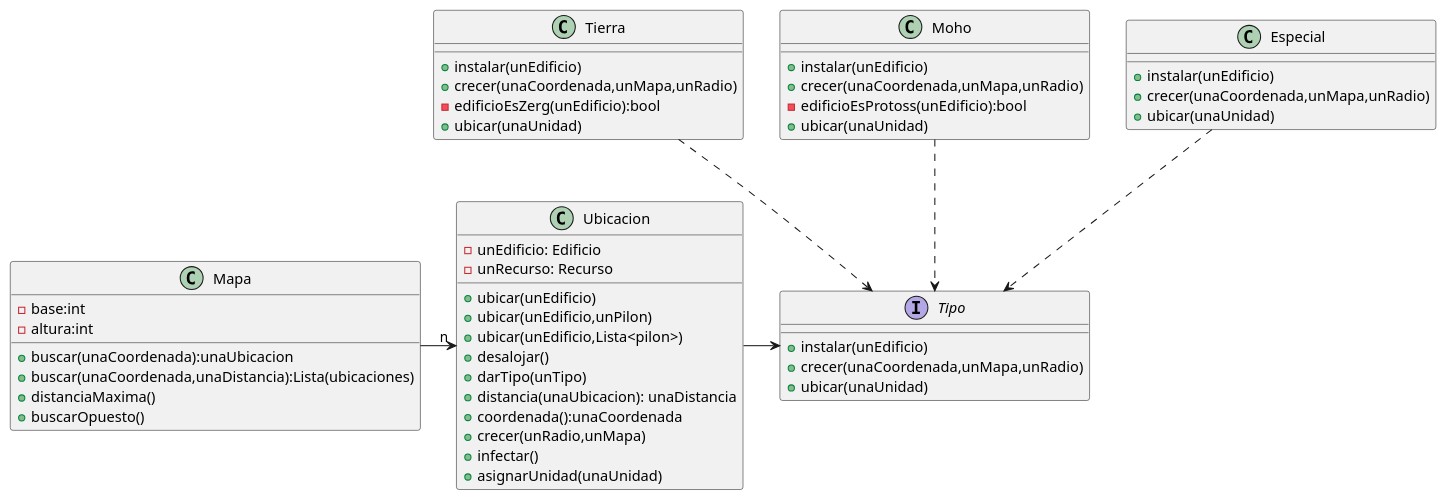
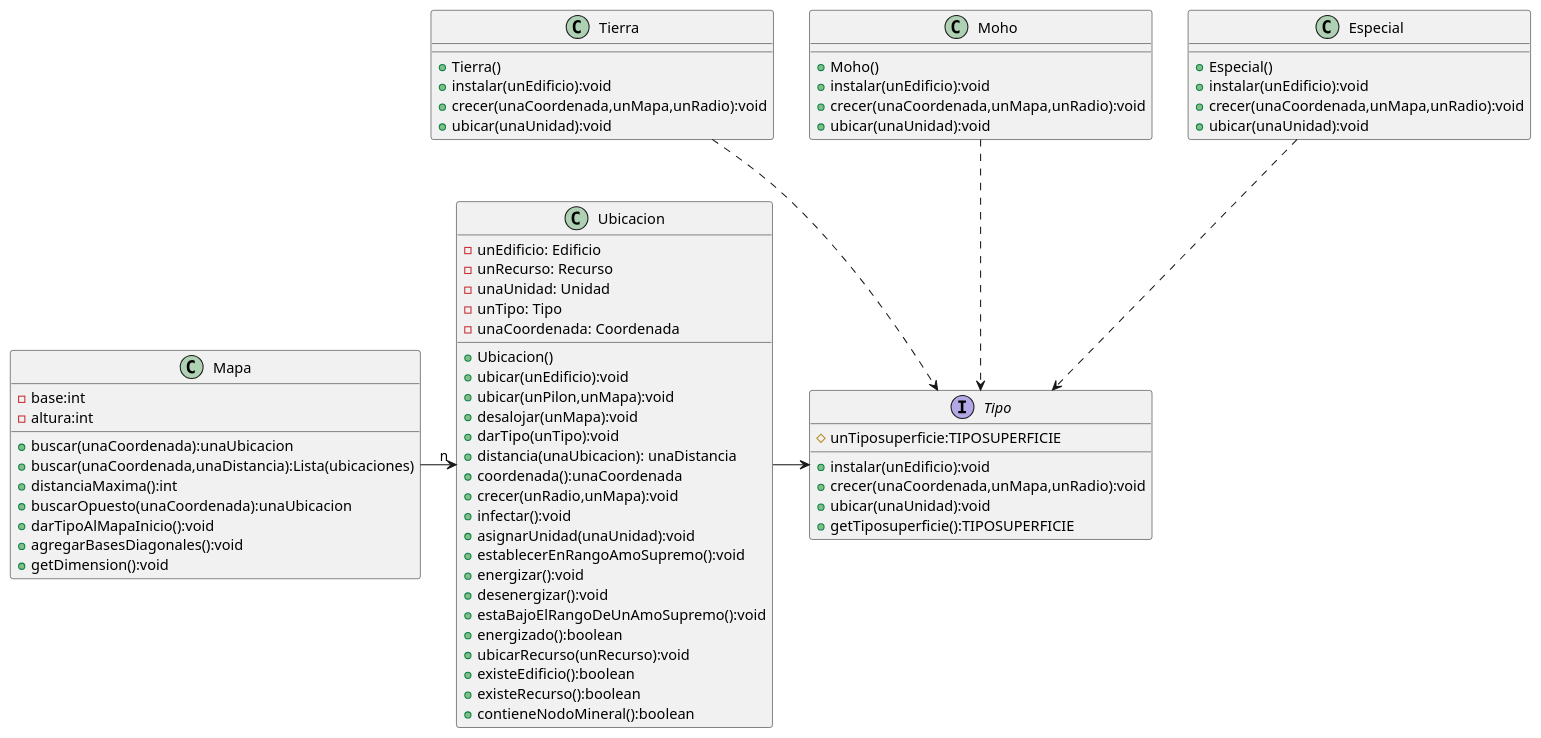
Before and after one commit to nicolasgirardi/algo3_TP2_AlgoStar: the diagram in diagrams/classes/Mapa.puml, drawn with PlantUML. The commit also changed 1 other file, not shown here.

```diff
--- a/diagrams/classes/Mapa.puml
+++ b/diagrams/classes/Mapa.puml
@@ -1,58 +1,79 @@
 @startuml
 'https://plantuml.com/sequence-diagram
 
 class Mapa{
     -base:int
     -altura:int
     +buscar(unaCoordenada):unaUbicacion
     +buscar(unaCoordenada,unaDistancia):Lista(ubicaciones)
-    +distanciaMaxima()
-    +buscarOpuesto()
+    +distanciaMaxima():int
+    +buscarOpuesto(unaCoordenada):unaUbicacion
+    +darTipoAlMapaInicio():void
+    +agregarBasesDiagonales():void
+    +getDimension():void
+
+
 }
 
 class Ubicacion{
     -unEdificio: Edificio
     -unRecurso: Recurso
+    -unaUnidad: Unidad
+    -unTipo: Tipo
+    -unaCoordenada: Coordenada
 
-    +ubicar(unEdificio)
-    +ubicar(unEdificio,unPilon)
-    +ubicar(unEdificio,Lista<pilon>)
-    +desalojar()
-    +darTipo(unTipo)
+    +Ubicacion()
+    +ubicar(unEdificio):void
+    +ubicar(unPilon,unMapa):void
+    +desalojar(unMapa):void
+    +darTipo(unTipo):void
     +distancia(unaUbicacion): unaDistancia
     +coordenada():unaCoordenada
-    +crecer(unRadio,unMapa)
-    +infectar()
-    +asignarUnidad(unaUnidad)
+    +crecer(unRadio,unMapa):void
+    +infectar():void
+    +asignarUnidad(unaUnidad):void
+    +establecerEnRangoAmoSupremo():void
+    +energizar():void
+    +desenergizar():void
+    +estaBajoElRangoDeUnAmoSupremo():void
+    +energizado():boolean
+    +ubicarRecurso(unRecurso):void
+    +existeEdificio():boolean
+    +existeRecurso():boolean
+    +contieneNodoMineral():boolean
+
 }
 
 interface Tipo {
-    +instalar(unEdificio)
-    +crecer(unaCoordenada,unMapa,unRadio)
-    +ubicar(unaUnidad)
+    #unTiposuperficie:TIPOSUPERFICIE
+    +instalar(unEdificio):void
+    +crecer(unaCoordenada,unMapa,unRadio):void
+    +ubicar(unaUnidad):void
+    +getTiposuperficie():TIPOSUPERFICIE
 }
 
 class Tierra{
-     +instalar(unEdificio)
-     +crecer(unaCoordenada,unMapa,unRadio)
-     -edificioEsZerg(unEdificio):bool
-     +ubicar(unaUnidad)
+     +Tierra()
+     +instalar(unEdificio):void
+     +crecer(unaCoordenada,unMapa,unRadio):void
+     +ubicar(unaUnidad):void
 }
 class Moho{
-     +instalar(unEdificio)
-     +crecer(unaCoordenada,unMapa,unRadio)
-     -edificioEsProtoss(unEdificio):bool
-     +ubicar(unaUnidad)
+     +Moho()
+     +instalar(unEdificio):void
+     +crecer(unaCoordenada,unMapa,unRadio):void
+     +ubicar(unaUnidad):void
 }
 class Especial{
-     +instalar(unEdificio)
-     +crecer(unaCoordenada,unMapa,unRadio)
-     +ubicar(unaUnidad)
+     +Especial()
+     +instalar(unEdificio):void
+     +crecer(unaCoordenada,unMapa,unRadio):void
+     +ubicar(unaUnidad):void
 }
 
 Mapa -> "n" Ubicacion
 Ubicacion -> Tipo
 Tierra ..> Tipo
 Moho ..> Tipo
 Especial ..> Tipo
 @enduml
```
